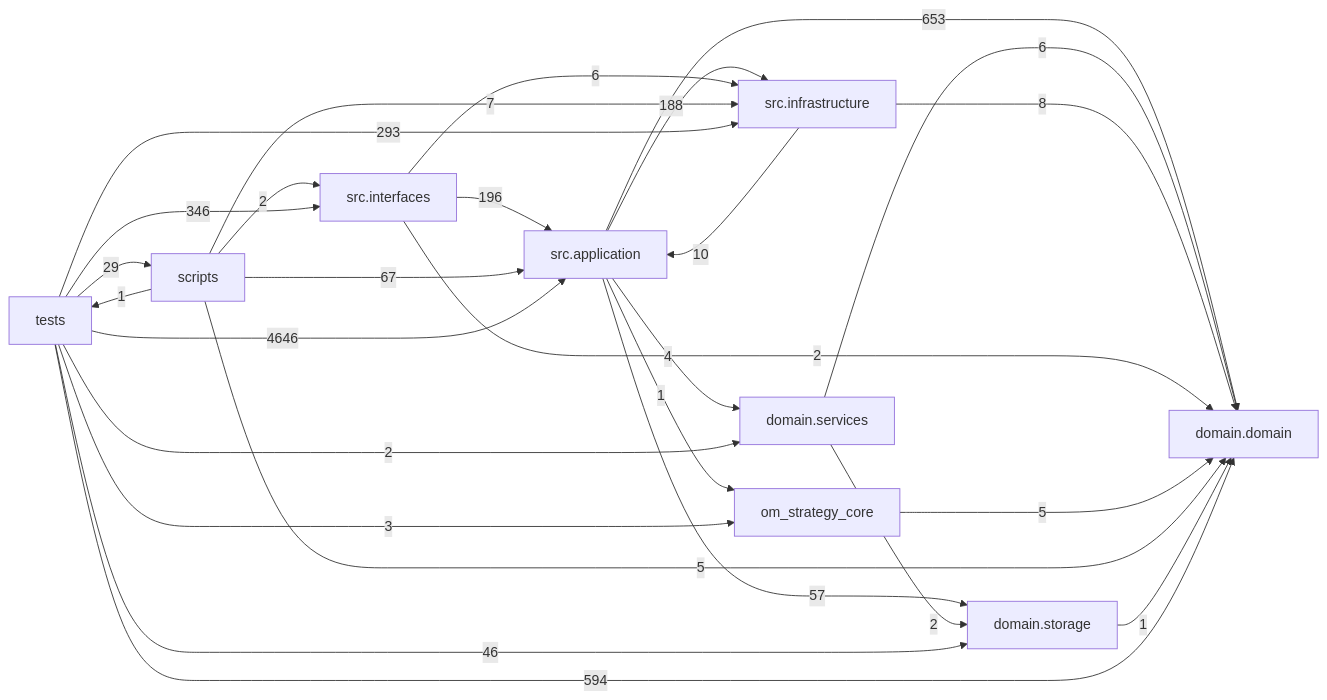
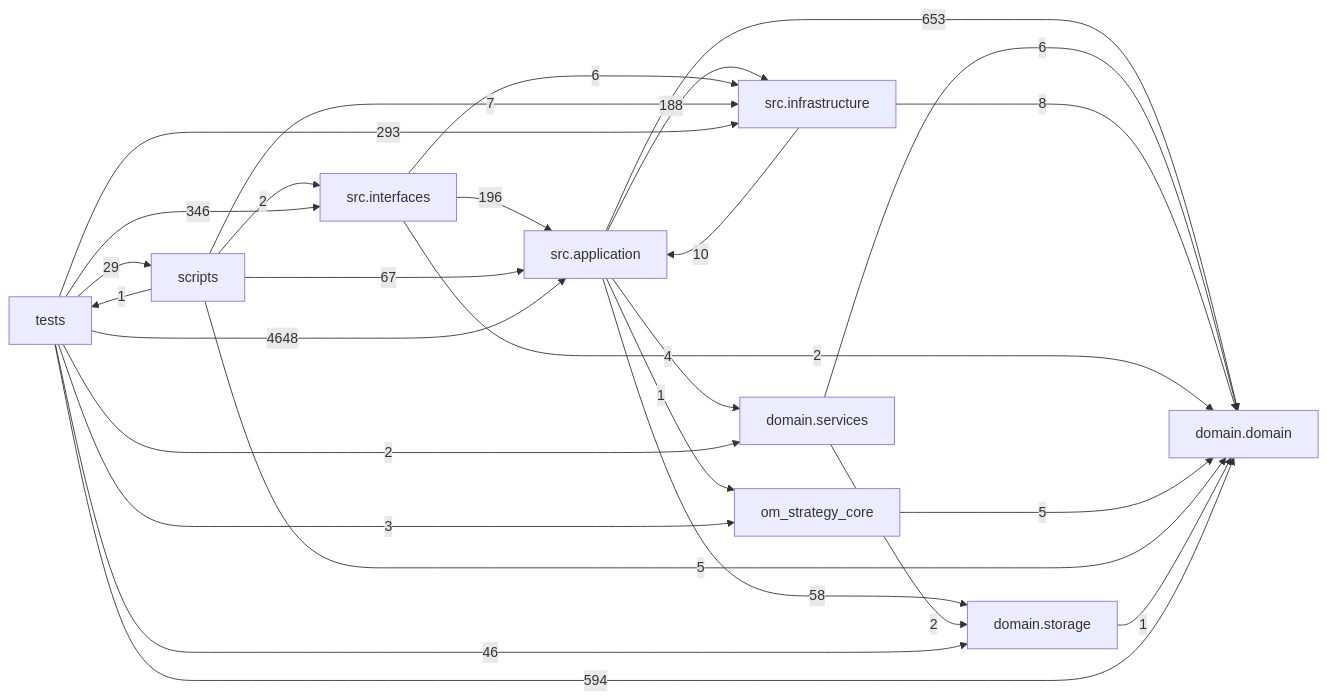
The diagram in docs/DEPENDENCY_GRAPH.md (liuxie066/options-monitor), drawn with Mermaid before and after one commit. The commit also changed other lines of this file and 9 other files, not shown here.

````diff
--- a/docs/DEPENDENCY_GRAPH.md
+++ b/docs/DEPENDENCY_GRAPH.md
@@ -24,38 +24,38 @@
 ```mermaid
 flowchart LR
   tests["tests"]
   scripts["scripts"]
   interfaces["src.interfaces"]
   application["src.application"]
   infrastructure["src.infrastructure"]
   domain_services["domain.services"]
   domain["domain.domain"]
   storage["domain.storage"]
   application -->|653| domain
   application -->|4| domain_services
   application -->|188| infrastructure
   application -->|1| om_strategy_core
-  application -->|57| storage
+  application -->|58| storage
   domain_services -->|6| domain
   domain_services -->|2| storage
   infrastructure -->|10| application
   infrastructure -->|8| domain
   interfaces -->|196| application
   interfaces -->|2| domain
   interfaces -->|6| infrastructure
   om_strategy_core -->|5| domain
   scripts -->|67| application
   scripts -->|5| domain
   scripts -->|7| infrastructure
   scripts -->|2| interfaces
   scripts -->|1| tests
   storage -->|1| domain
-  tests -->|4646| application
+  tests -->|4648| application
   tests -->|594| domain
   tests -->|2| domain_services
   tests -->|293| infrastructure
   tests -->|346| interfaces
   tests -->|3| om_strategy_core
   tests -->|29| scripts
   tests -->|46| storage
 ```
````
